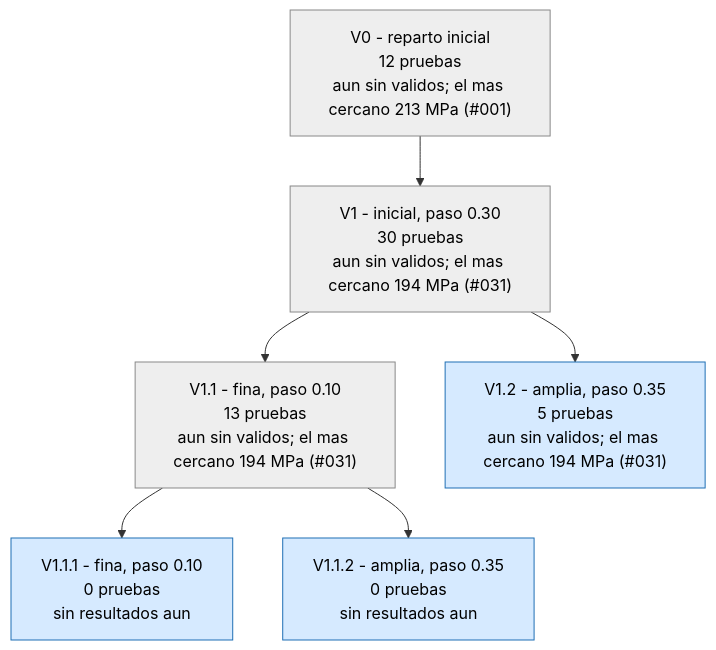
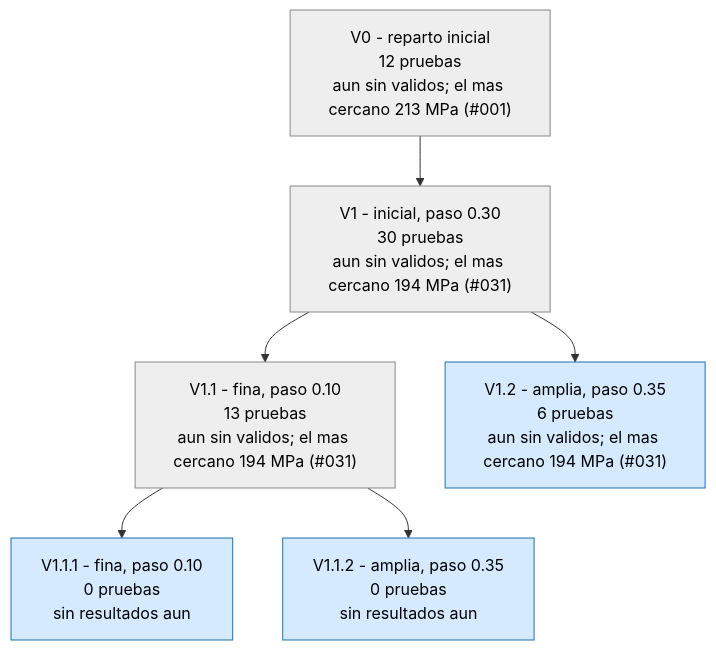
One commit to Hugiko/msd-soporte-optimizacion changed the first of 3 diagrams in runs/opt_37800N/ARBOL.md. Above: the diagram before and after it, drawn with Mermaid. The commit also changed 19 other files, not shown here.

````diff
--- a/runs/opt_37800N/ARBOL.md
+++ b/runs/opt_37800N/ARBOL.md
@@ -9,17 +9,17 @@
 ```mermaid
 graph TD
 classDef activa fill:#d6eaff,stroke:#1f6fb5,color:#000
 classDef fin fill:#eeeeee,stroke:#888,color:#000
 classDef mejor fill:#c8f0c0,stroke:#1a9850,stroke-width:4px,color:#000
 V0["V0 - reparto inicial<br/>12 pruebas<br/>aun sin validos; el mas cercano 213 MPa (#001)"]:::fin
 V1["V1 - inicial, paso 0.30<br/>30 pruebas<br/>aun sin validos; el mas cercano 194 MPa (#031)"]:::fin
 V0 --> V1
 V1_1["V1.1 - fina, paso 0.10<br/>13 pruebas<br/>aun sin validos; el mas cercano 194 MPa (#031)"]:::fin
 V1 --> V1_1
-V1_2["V1.2 - amplia, paso 0.35<br/>5 pruebas<br/>aun sin validos; el mas cercano 194 MPa (#031)"]:::activa
+V1_2["V1.2 - amplia, paso 0.35<br/>6 pruebas<br/>aun sin validos; el mas cercano 194 MPa (#031)"]:::activa
 V1 --> V1_2
 V1_1_1["V1.1.1 - fina, paso 0.10<br/>0 pruebas<br/>sin resultados aun"]:::activa
 V1_1 --> V1_1_1
 V1_1_2["V1.1.2 - amplia, paso 0.35<br/>0 pruebas<br/>sin resultados aun"]:::activa
 V1_1 --> V1_1_2
 ```
````
